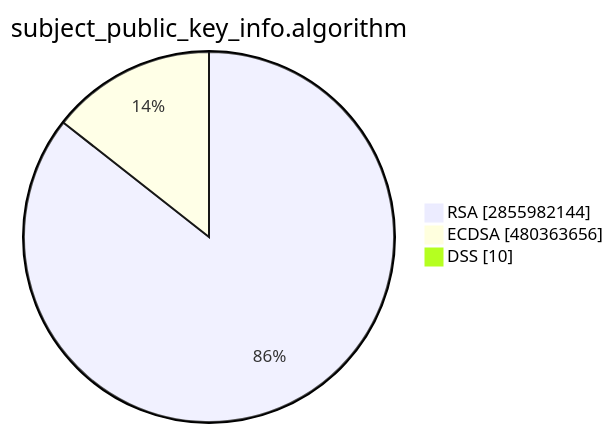
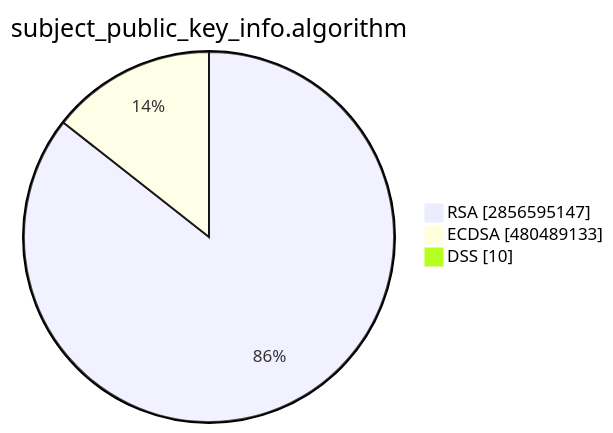
One commit to christiankrug/ctmonitor_visualization changed the second of 15 diagrams in TOTAL/README.md. Above: the diagram before and after it, drawn with Mermaid. The commit also changed other lines of this file, not shown here.

````diff
--- a/TOTAL/README.md
+++ b/TOTAL/README.md
@@ -6,7 +6,7 @@
 ```mermaid
 pie showData
 title subject_public_key_info.algorithm
-"RSA" :2855982144
-"ECDSA" :480363656
+"RSA" :2856595147
+"ECDSA" :480489133
 "DSS" :10
 ```
````
